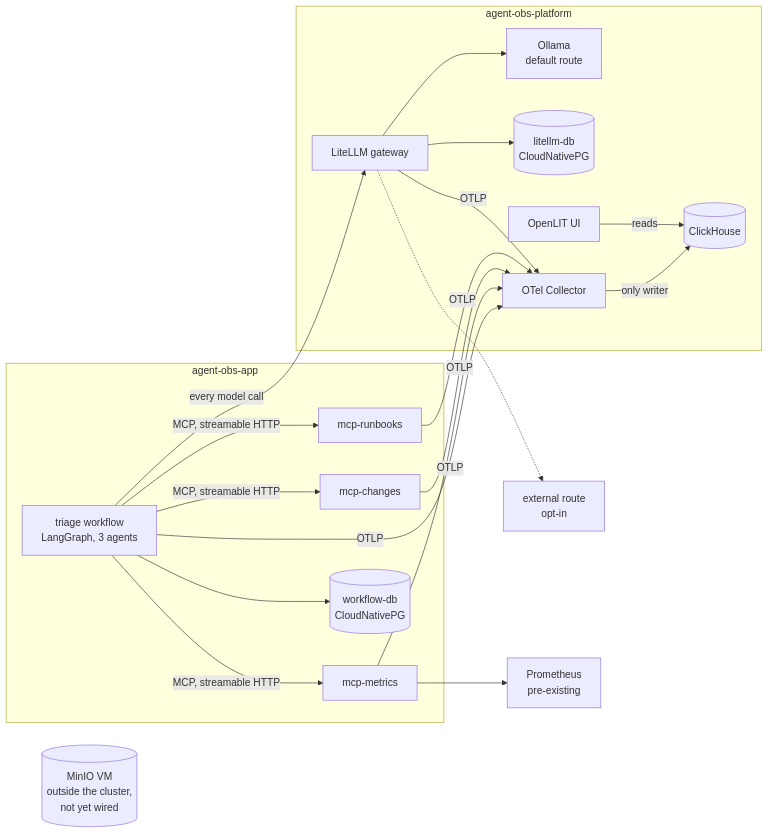
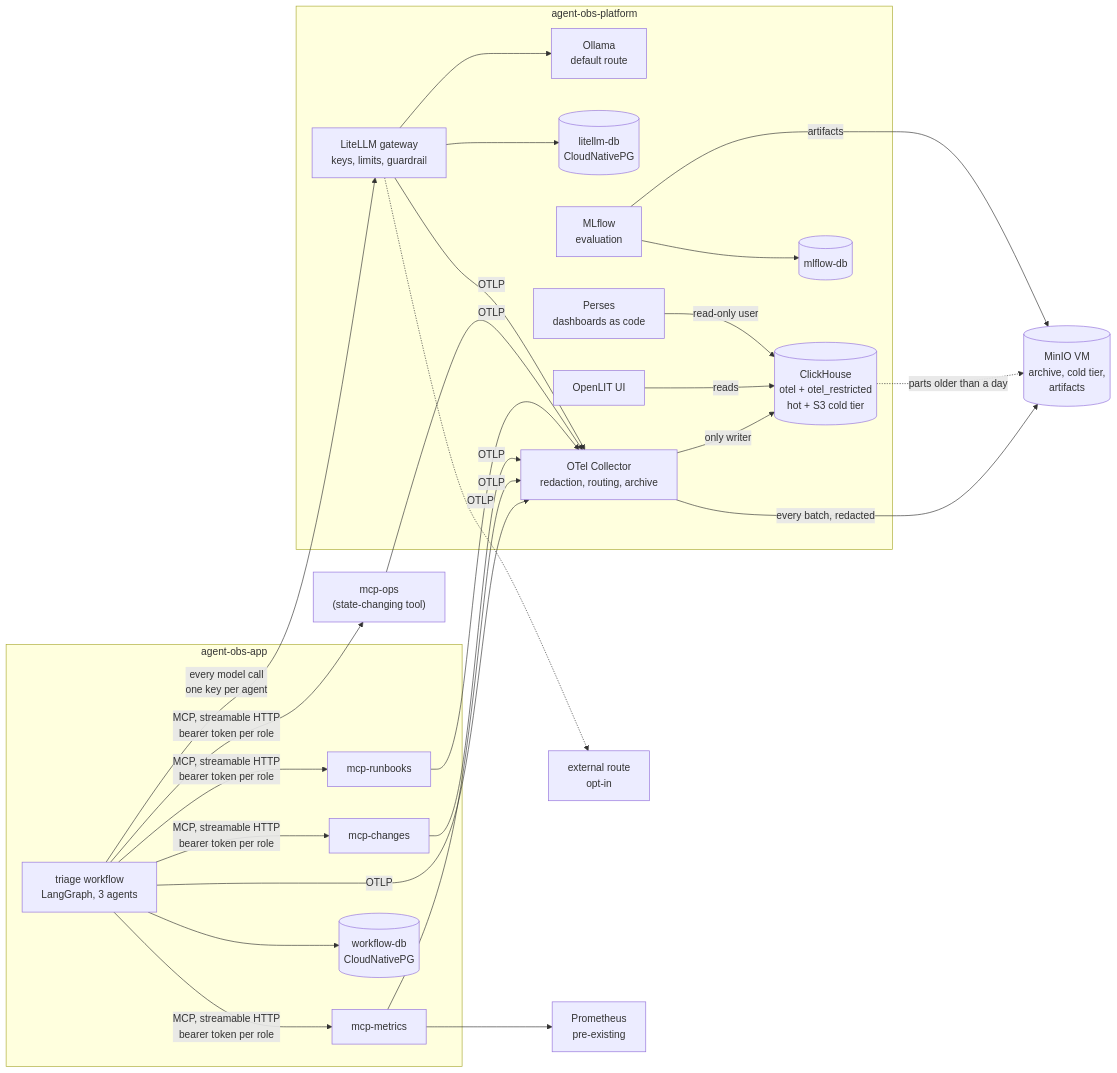
One commit to erdincka/agent-observability changed the diagram in README.md. Above: the diagram before and after it, drawn with Mermaid. The commit also changed other lines of this file and 32 other files, not shown here.

````diff
--- a/README.md
+++ b/README.md
@@ -77,32 +84,41 @@
 ```mermaid
 flowchart LR
   subgraph app["agent-obs-app"]
     WF["triage workflow<br/>LangGraph, 3 agents"]
     M1[mcp-metrics]
     M2[mcp-changes]
     M3[mcp-runbooks]
     WDB[("workflow-db<br/>CloudNativePG")]
   end
   subgraph platform["agent-obs-platform"]
-    GW[LiteLLM gateway]
+    GW["LiteLLM gateway<br/>keys, limits, guardrail"]
     OL["Ollama<br/>default route"]
     LDB[("litellm-db<br/>CloudNativePG")]
-    COL[OTel Collector]
-    CH[(ClickHouse)]
+    COL["OTel Collector<br/>redaction, routing, archive"]
+    CH[("ClickHouse<br/>otel + otel_restricted<br/>hot + S3 cold tier")]
     UI[OpenLIT UI]
+    PER["Perses<br/>dashboards as code"]
+    MLF["MLflow<br/>evaluation"]
+    MDB[("mlflow-db")]
   end
+  M4["mcp-ops<br/>(state-changing tool)"]
   EXT["external route<br/>opt-in"]
   PROM["Prometheus<br/>pre-existing"]
-  MINIO[("MinIO VM<br/>outside the cluster,<br/>not yet wired")]
+  MINIO[("MinIO VM<br/>archive, cold tier,<br/>artifacts")]
 
-  WF -- "MCP, streamable HTTP" --> M1 & M2 & M3
+  WF -- "MCP, streamable HTTP<br/>bearer token per role" --> M1 & M2 & M3 & M4
   M1 --> PROM
-  WF -- "every model call" --> GW
+  WF -- "every model call<br/>one key per agent" --> GW
   GW --> OL
   GW -.-> EXT
   WF --> WDB
   GW --> LDB
-  WF & M1 & M2 & M3 & GW -- OTLP --> COL
+  WF & M1 & M2 & M3 & M4 & GW -- OTLP --> COL
   COL -- "only writer" --> CH
+  COL -- "every batch, redacted" --> MINIO
+  CH -. "parts older than a day" .-> MINIO
   UI -- reads --> CH
+  PER -- "read-only user" --> CH
+  MLF --> MDB
+  MLF -- artifacts --> MINIO
 ```
````
